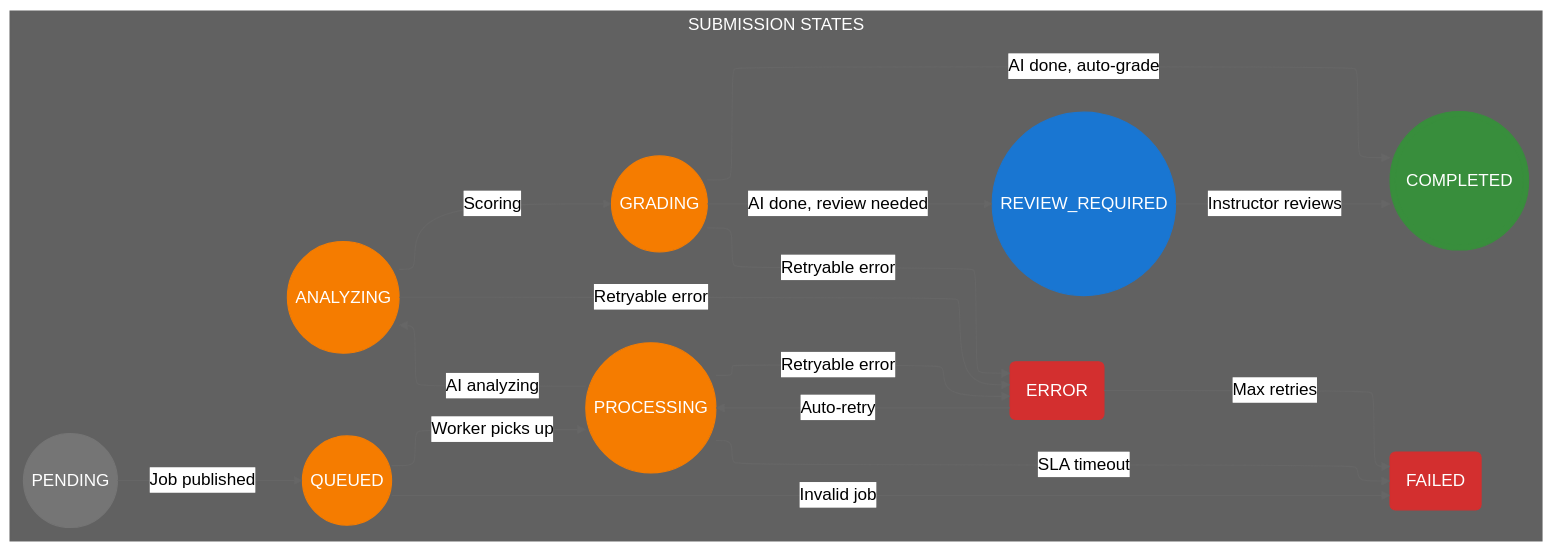
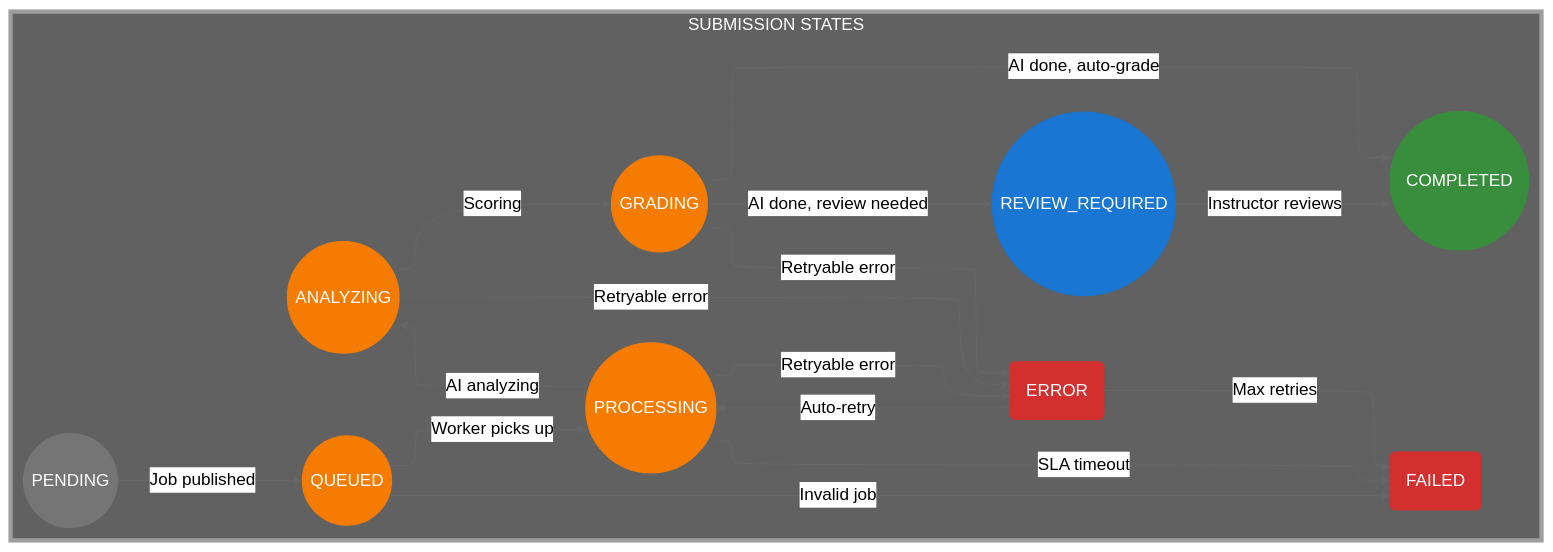
The fifth of 12 diagrams in docs/capstone/diagrams/flow-diagrams.vi.md (nghyane/VSTEP), drawn with Mermaid (neutral theme) before and after one commit. The commit also changed other lines of this file, not shown here.

First line of the commit message:
fix(docs): increase box stroke width to 4px for better visibility

````diff
--- a/docs/capstone/diagrams/flow-diagrams.vi.md
+++ b/docs/capstone/diagrams/flow-diagrams.vi.md
@@ -266,55 +266,55 @@
 ```mermaid
 ---
 config:
   layout: elk
 ---
 flowchart TB
     subgraph States["SUBMISSION STATES"]
         direction LR
         PENDING@{ shape: circle, label: "PENDING" }
         QUEUED@{ shape: circle, label: "QUEUED" }
         PROCESSING@{ shape: circle, label: "PROCESSING" }
         ANALYZING@{ shape: circle, label: "ANALYZING" }
         GRADING@{ shape: circle, label: "GRADING" }
         COMPLETED@{ shape: dbl-circ, label: "COMPLETED" }
         ERROR@{ shape: rounded, label: "ERROR" }
         FAILED@{ shape: rounded, label: "FAILED" }
         REVIEW@{ shape: circle, label: "REVIEW_REQUIRED" }
     end
 
     PENDING -->|"Job published"| QUEUED
     QUEUED -->|"Worker picks up"| PROCESSING
     PROCESSING -->|"AI analyzing"| ANALYZING
     ANALYZING -->|"Scoring"| GRADING
     GRADING -->|"AI done, auto-grade"| COMPLETED
     GRADING -->|"AI done, review needed"| REVIEW
     REVIEW -->|"Instructor reviews"| COMPLETED
     
     PROCESSING -->|"Retryable error"| ERROR
     ANALYZING -->|"Retryable error"| ERROR
     GRADING -->|"Retryable error"| ERROR
     
     ERROR -->|"Auto-retry"| PROCESSING
     ERROR -->|"Max retries"| FAILED
     
     QUEUED -->|"Invalid job"| FAILED
     PROCESSING -->|"SLA timeout"| FAILED
 
     %% Nodes
     classDef pending fill:#757575,stroke:#757575,color:#fff
     classDef active fill:#f57c00,stroke:#f57c00,color:#fff
     classDef success fill:#388e3c,stroke:#388e3c,color:#fff
     classDef error fill:#d32f2f,stroke:#d32f2f,color:#fff
     classDef review fill:#1976d2,stroke:#1976d2,color:#fff
 
     %% Box
-    classDef statesBox fill:#616161,stroke:#616161,stroke-width:2px,color:#fff
+    classDef statesBox fill:#616161,stroke:#9e9e9e,stroke-width:4px,color:#fff
 
     class States statesBox
 
     class PENDING pending
     class QUEUED,PROCESSING,ANALYZING,GRADING active
     class COMPLETED success
     class ERROR,FAILED error
     class REVIEW review
 ```
````
